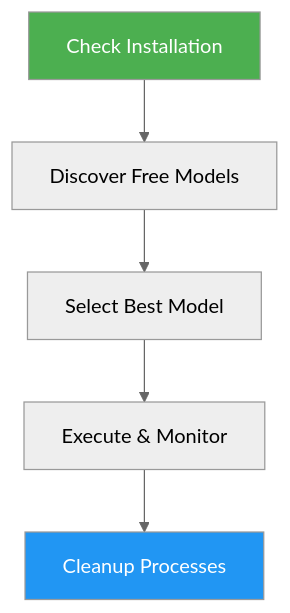
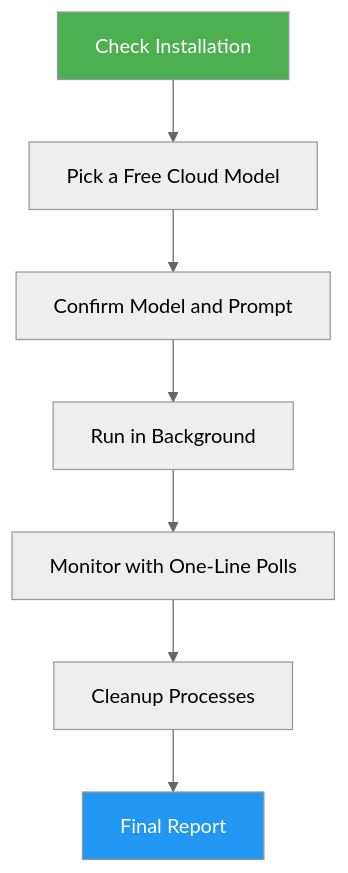
The diagram in skills/opencode-runner/docs/README.md (luongnv89/skills), drawn with Mermaid (neutral theme) before and after one commit. The commit also changed other lines of this file and 7 other files, not shown here.

````diff
--- a/skills/opencode-runner/docs/README.md
+++ b/skills/opencode-runner/docs/README.md
@@ -31,9 +34,11 @@
 ```mermaid
 graph TD
-    A["Check Installation"] --> B["Discover Free Models"]
-    B --> C["Select Best Model"]
-    C --> D["Execute & Monitor"]
-    D --> E["Cleanup Processes"]
+    A["Check Installation"] --> B["Pick a Free Cloud Model"]
+    B --> C["Confirm Model and Prompt"]
+    C --> D["Run in Background"]
+    D --> E["Monitor with One-Line Polls"]
+    E --> F["Cleanup Processes"]
+    F --> G["Final Report"]
     style A fill:#4CAF50,color:#fff
-    style E fill:#2196F3,color:#fff
+    style G fill:#2196F3,color:#fff
 ```
````
